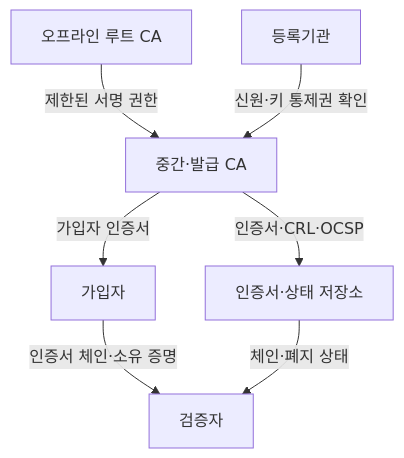
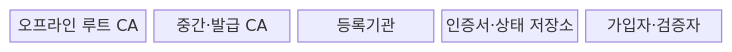
One commit to agnusdei1207/knowledge-base changed the first of 2 diagrams in src/content/docs/notes/05-security/007_public_key_infrastructure.md. Above: the diagram before and after it, drawn with Mermaid. The commit also changed other lines of this file and 22 other files, not shown here.

````diff
--- a/src/content/docs/notes/05-security/007_public_key_infrastructure.md
+++ b/src/content/docs/notes/05-security/007_public_key_infrastructure.md
@@ -59,9 +61,9 @@
 ```mermaid
-flowchart TB
-    R["오프라인 루트 CA"] -->|"제한된 서명 권한"| I["중간·발급 CA"]
-    A["등록기관"] -->|"신원·키 통제권 확인"| I
-    I -->|"가입자 인증서"| S["가입자"]
-    I -->|"인증서·CRL·OCSP"| P["인증서·상태 저장소"]
-    S -->|"인증서 체인·소유 증명"| V["검증자"]
-    P -->|"체인·폐지 상태"| V
+block-beta
+    columns 5
+    R["오프라인 루트 CA"]
+    I["중간·발급 CA"]
+    A["등록기관"]
+    P["인증서·상태 저장소"]
+    U["가입자·검증자"]
 ```
````
